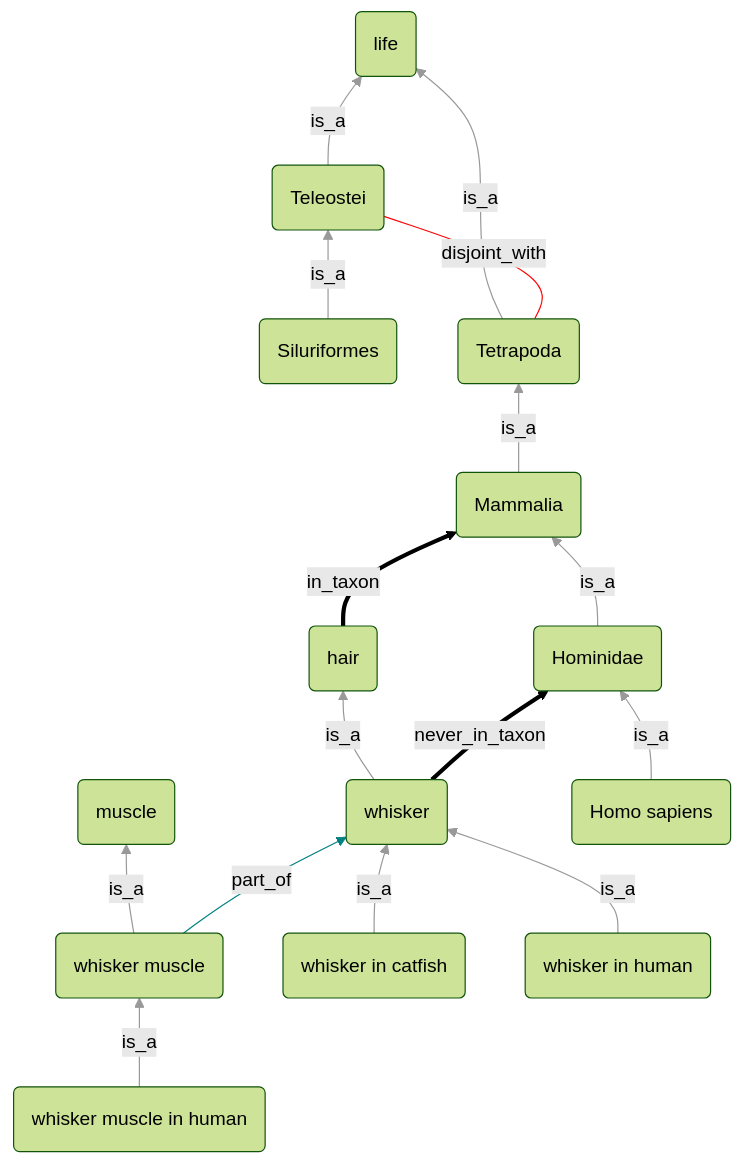
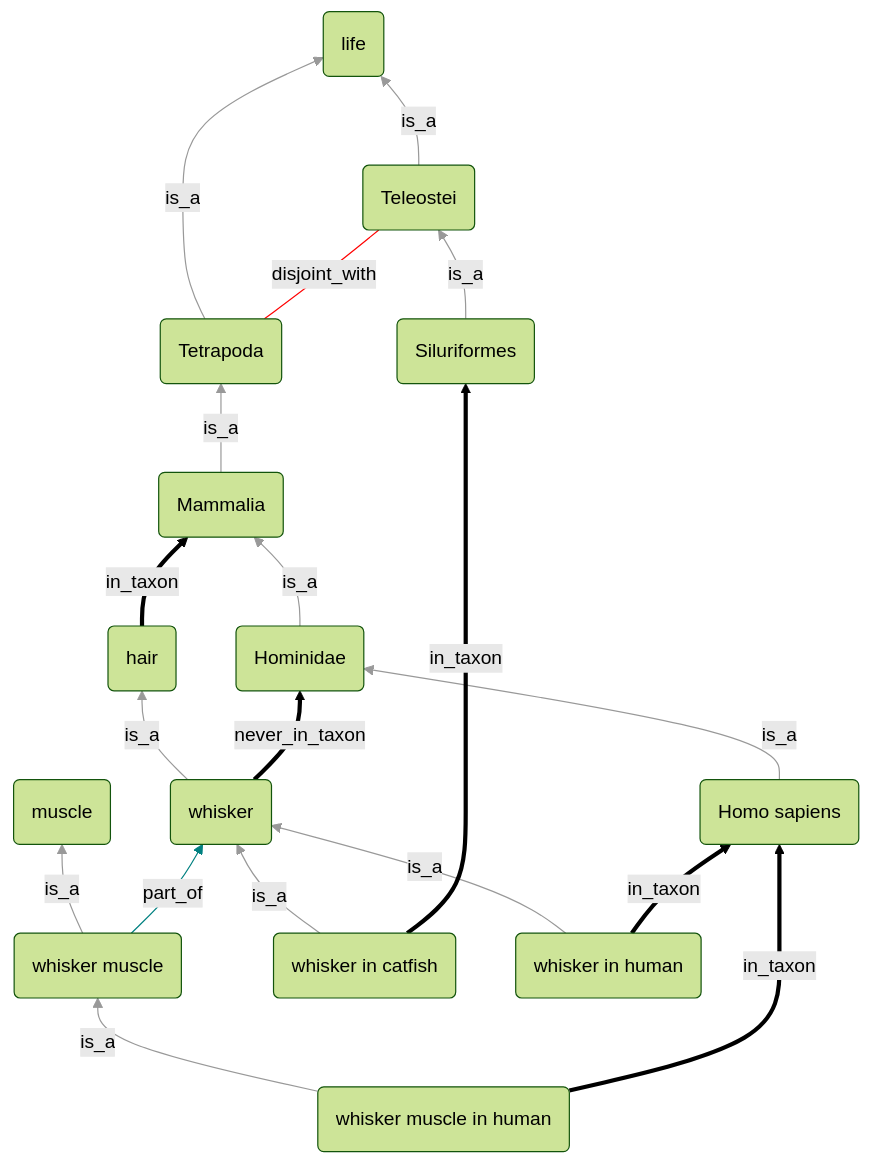
The fifth of 5 diagrams in docs/explanation/taxon-constraints-explainer.md (OBOAcademy/obook), drawn with Mermaid (forest theme) before and after one commit.

````diff
--- a/docs/explanation/taxon-constraints-explainer.md
+++ b/docs/explanation/taxon-constraints-explainer.md
@@ -177,45 +177,48 @@
 ```mermaid
      graph BT;
        n1(hair) ;
        n2(whisker) ;
        n3(muscle) ;
        n4(whisker muscle) ;
        n5(whisker muscle in human) ;
        n6(whisker in catfish) ;
        n7(whisker in human) ;
        n8(life) ;
        n9(Teleostei) ;
        n10(Siluriformes) ;
        n11(Tetrapoda) ;
        n12(Mammalia) ;
        n13(Hominidae) ;
        n14(Homo sapiens) ;
        n2--is_a-->n1 ;
        n4--is_a-->n3 ;
        n9--is_a-->n8 ;
        n10--is_a-->n9 ;
        n11--is_a-->n8 ;
        n12--is_a-->n11 ;
        n13--is_a-->n12 ;
        n14--is_a-->n13 ;
        n5--is_a-->n4 ;
        n6--is_a-->n2 ;
        n7--is_a-->n2 ;
        n4--part_of-->n2 ;
        n11 --disjoint_with--- n9 ;
        n1==in_taxon==>n12 ;
        n2==never_in_taxon==>n13 ;
+       n5==in_taxon==>n14 ;
+       n7==in_taxon==>n14 ;
+       n6==in_taxon==>n10 ;
        linkStyle 0 stroke:#999 ;
        linkStyle 1 stroke:#999 ;
        linkStyle 2 stroke:#999 ;
        linkStyle 3 stroke:#999 ;
        linkStyle 4 stroke:#999 ;
        linkStyle 5 stroke:#999 ;
        linkStyle 6 stroke:#999 ;
        linkStyle 7 stroke:#999 ;
        linkStyle 8 stroke:#999 ;
        linkStyle 9 stroke:#999 ;
        linkStyle 10 stroke:#999 ;
        linkStyle 11 stroke:#008080 ;
        linkStyle 12 stroke:red ;
    ```
````
